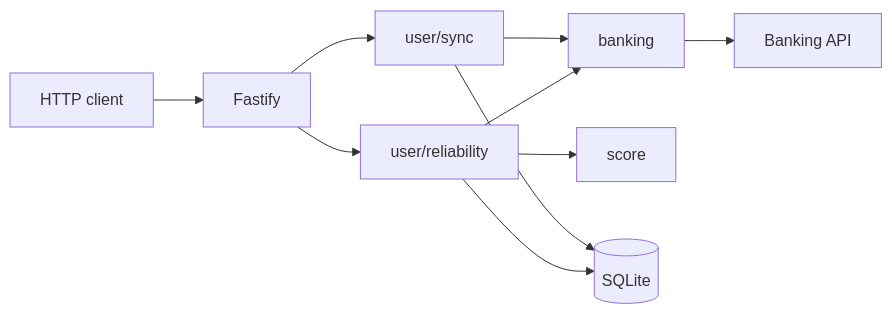
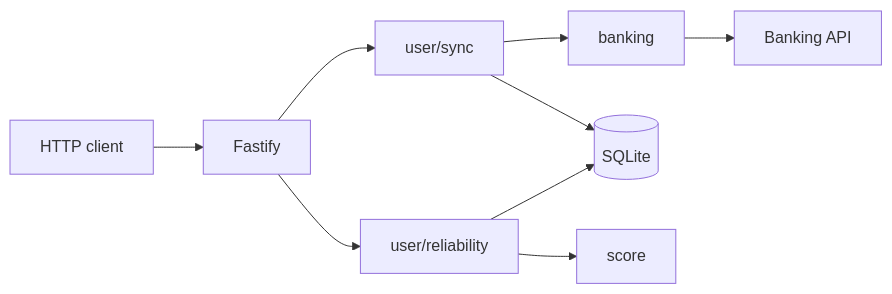
The diagram in docs/diagrams/architecture.mmd (okharedia/thin-file-credit-builder), drawn with Mermaid before and after one commit. The commit also changed 6 other files, not shown here.

First line of the commit message:
docs: tighten README and align diagrams with local MCC scoring

```diff
--- a/docs/diagrams/architecture.mmd
+++ b/docs/diagrams/architecture.mmd
@@ -1,10 +1,9 @@
 flowchart LR
   Client[HTTP client] --> API[Fastify]
   API --> Sync["user/sync"]
   API --> Rel["user/reliability"]
   Sync --> Banking[banking]
-  Rel --> Banking
-  Rel --> Score[score]
+  Banking --> Remote[Banking API]
   Sync --> DB[(SQLite)]
   Rel --> DB
-  Banking --> Remote[Banking API]
+  Rel --> Score[score]
```
